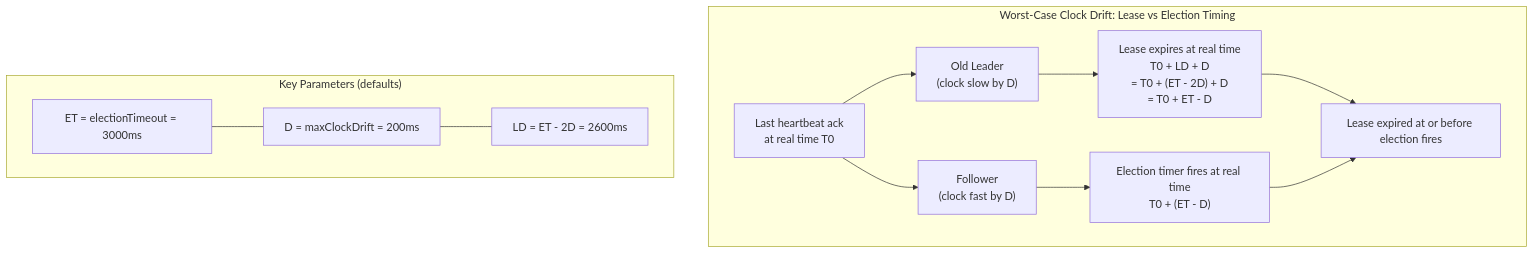
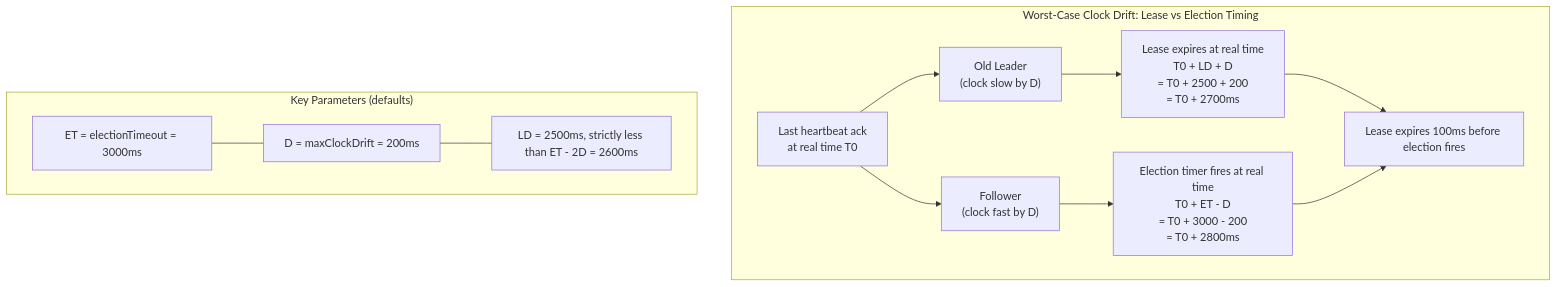
Before and after one commit to apurtell/hbase: the sixth of 17 diagrams in RAFT_REGION_REPLICAS.md, drawn with Mermaid. The commit also changed other lines of this file and 15 other files, not shown here.

````diff
--- a/RAFT_REGION_REPLICAS.md
+++ b/RAFT_REGION_REPLICAS.md
@@ -334,19 +473,19 @@
 ```mermaid
 flowchart TD
     subgraph drift ["Worst-Case Clock Drift: Lease vs Election Timing"]
         HB["Last heartbeat ack<br/>at real time T0"]
         HB --> LP["Old Leader<br/>(clock slow by D)"]
         HB --> FP["Follower<br/>(clock fast by D)"]
-        LP --> LE["Lease expires at real time<br/>T0 + LD + D<br/>= T0 + (ET - 2D) + D<br/>= T0 + ET - D"]
-        FP --> FE["Election timer fires at real time<br/>T0 + (ET - D)"]
-        LE --> Safe["Lease expired at or before election fires"]
+        LP --> LE["Lease expires at real time<br/>T0 + LD + D<br/>= T0 + 2500 + 200<br/>= T0 + 2700ms"]
+        FP --> FE["Election timer fires at real time<br/>T0 + ET - D<br/>= T0 + 3000 - 200<br/>= T0 + 2800ms"]
+        LE --> Safe["Lease expires 100ms before election fires"]
         FE --> Safe
     end
 
     subgraph formula ["Key Parameters (defaults)"]
         P1["ET = electionTimeout = 3000ms"]
         P2["D = maxClockDrift = 200ms"]
-        P3["LD = ET - 2D = 2600ms"]
+        P3["LD = 2500ms, strictly less than ET - 2D = 2600ms"]
         P1 --- P2 --- P3
     end
 ```
````
